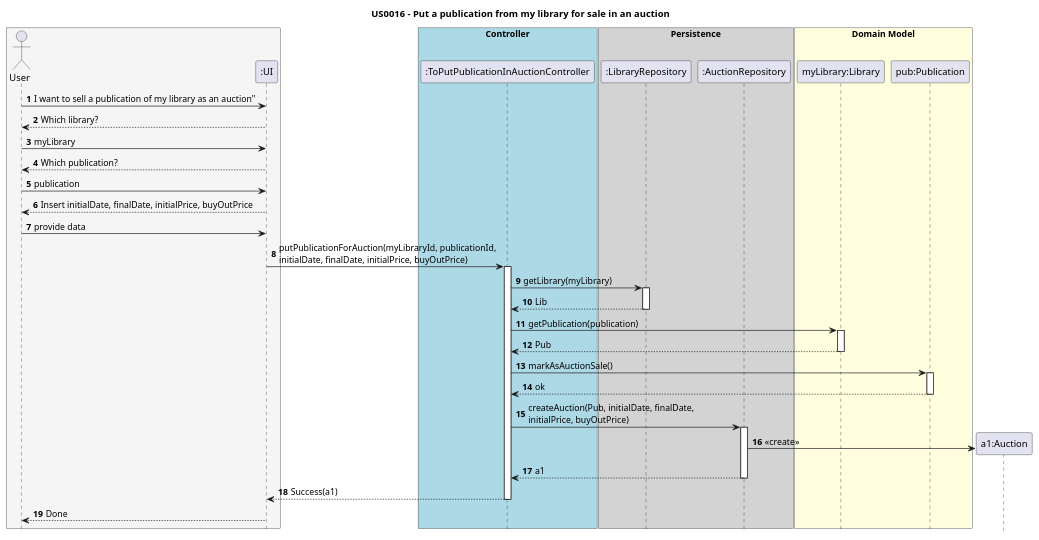
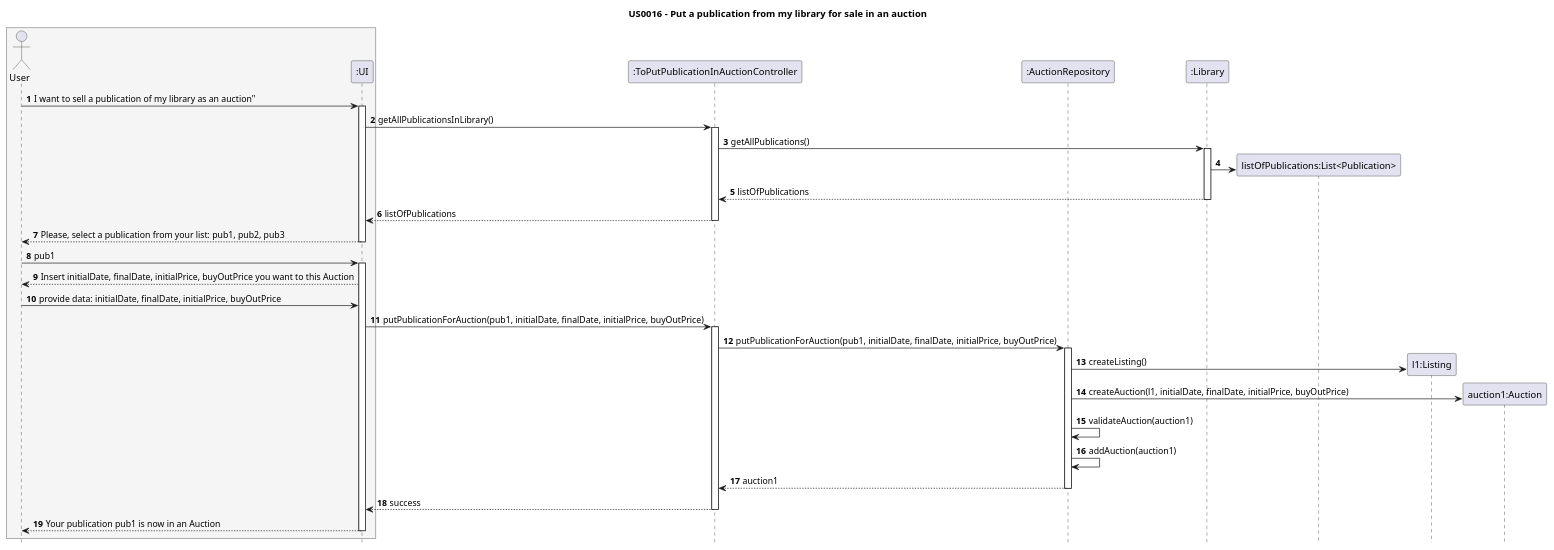
Before and after one commit to AndrePereiraGitH/SWitCH-Project-Team_A: the diagram in Diagrams/SequenceDiagrams/N2/US016-To-put-for-sale-as-Auction-publication-in-my-library.puml, drawn with PlantUML. The commit also changed 2 other files, not shown here.

Commit message:
US013 + US016 diagrams improvement #107 #108 @Marrike

```diff
--- a/Diagrams/SequenceDiagrams/N2/US016-To-put-for-sale-as-Auction-publication-in-my-library.puml
+++ b/Diagrams/SequenceDiagrams/N2/US016-To-put-for-sale-as-Auction-publication-in-my-library.puml
@@ -1,64 +1,62 @@
 @startuml
 autonumber
 hide footbox
 title US0016 - Put a publication from my library for sale in an auction
 
 box #whitesmoke
     actor User
     participant ":UI" as UI
 end box
 
-box "Controller" #Lightblue
-    participant ":ToPutPublicationInAuctionController" as C
-end box
+    participant ":ToPutPublicationInAuctionController" as ctrl
 
-box "Persistence" #LightGrey
-    participant ":LibraryRepository" as LibRepo
     participant ":AuctionRepository" as AucRepo
-end box
 
-box "Domain Model" #LightYellow
-    participant "myLibrary:Library" as Lib
-    participant "pub:Publication" as Pub
-end box
+    participant ":Library" as Lib
 
 
 
 
 User -> UI : I want to sell a publication of my library as an auction"
-UI --> User : Which library?
-User -> UI : myLibrary
-UI --> User : Which publication?
-User -> UI : publication
-UI --> User : Insert initialDate, finalDate, initialPrice, buyOutPrice
-User -> UI : provide data
+activate UI
+UI -> ctrl : getAllPublicationsInLibrary()
+activate ctrl
+ctrl -> Lib : getAllPublications()
+activate Lib
+create "listOfPublications:List<Publication>" as listPub
+Lib -> listPub
+Lib --> ctrl : listOfPublications
+deactivate Lib
+ctrl --> UI : listOfPublications
+deactivate ctrl
 
-UI -> C : putPublicationForAuction(myLibraryId, publicationId,\ninitialDate, finalDate, initialPrice, buyOutPrice)
-activate C
+UI --> User : Please, select a publication from your list: pub1, pub2, pub3
+deactivate UI
+User -> UI : pub1
+activate UI
+UI --> User : Insert initialDate, finalDate, initialPrice, buyOutPrice you want to this Auction
+User -> UI : provide data: initialDate, finalDate, initialPrice, buyOutPrice
 
-C -> LibRepo : getLibrary(myLibrary)
-activate LibRepo
-LibRepo --> C : Lib
-deactivate LibRepo
 
-C -> Lib : getPublication(publication)
-activate Lib
-Lib --> C : Pub
-deactivate Lib
 
-C -> Pub : markAsAuctionSale()
-activate Pub
-Pub --> C : ok
-deactivate Pub
+UI -> ctrl : putPublicationForAuction(pub1, initialDate, finalDate, initialPrice, buyOutPrice)
+activate ctrl
+ctrl -> AucRepo : putPublicationForAuction(pub1, initialDate, finalDate, initialPrice, buyOutPrice)
+activate AucRepo
 
-C -> AucRepo : createAuction(Pub, initialDate, finalDate,\ninitialPrice, buyOutPrice)
-activate AucRepo
-create "a1:Auction" as A1
-AucRepo -> A1 : <<create>>
-AucRepo --> C : a1
+create "l1:Listing" as l1
+AucRepo -> l1 : createListing()
+
+create "auction1:Auction" as a1
+AucRepo -> a1 : createAuction(l1, initialDate, finalDate, initialPrice, buyOutPrice)
+
+AucRepo -> AucRepo : validateAuction(auction1)
+AucRepo -> AucRepo : addAuction(auction1)
+AucRepo --> ctrl : auction1
 deactivate AucRepo
 
-C --> UI : Success(a1)
-deactivate C
-UI --> User : Done
+ctrl --> UI : success
+deactivate ctrl
+UI --> User : Your publication pub1 is now in an Auction
+deactivate UI
 @enduml
```
